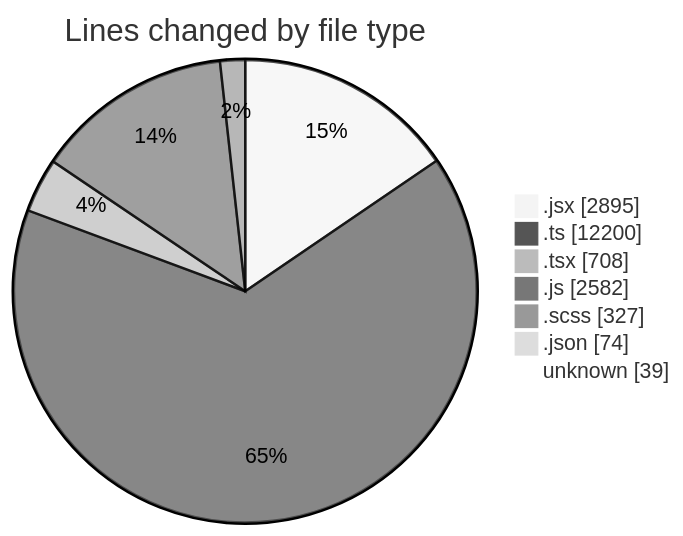
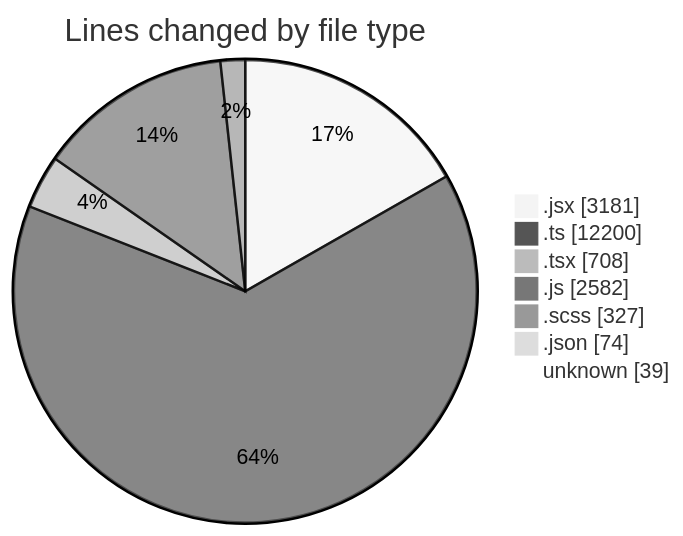
Before and after one commit to momahboobian/code-tracking: the first of 2 diagrams in 2025-06-05/cda/README.md, drawn with Mermaid (neutral theme). The commit also changed other lines of this file and 1 other file, not shown here.

````diff
--- a/2025-06-05/cda/README.md
+++ b/2025-06-05/cda/README.md
@@ -55,11 +56,11 @@
 ```mermaid
 pie showData
 title Lines changed by file type
-".jsx" : 2895
+".jsx" : 3181
 ".ts" : 12200
 ".tsx" : 708
 ".js" : 2582
 ".scss" : 327
 ".json" : 74
 "unknown" : 39
 ```
````
